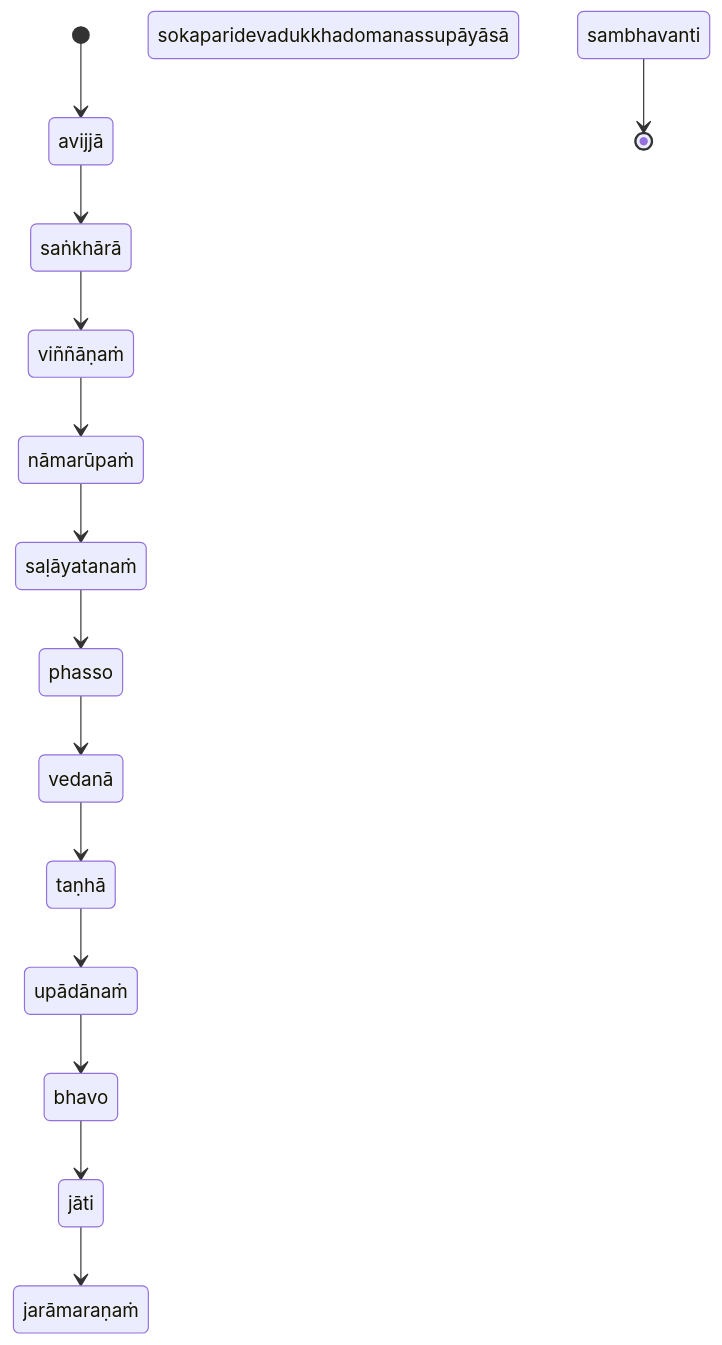
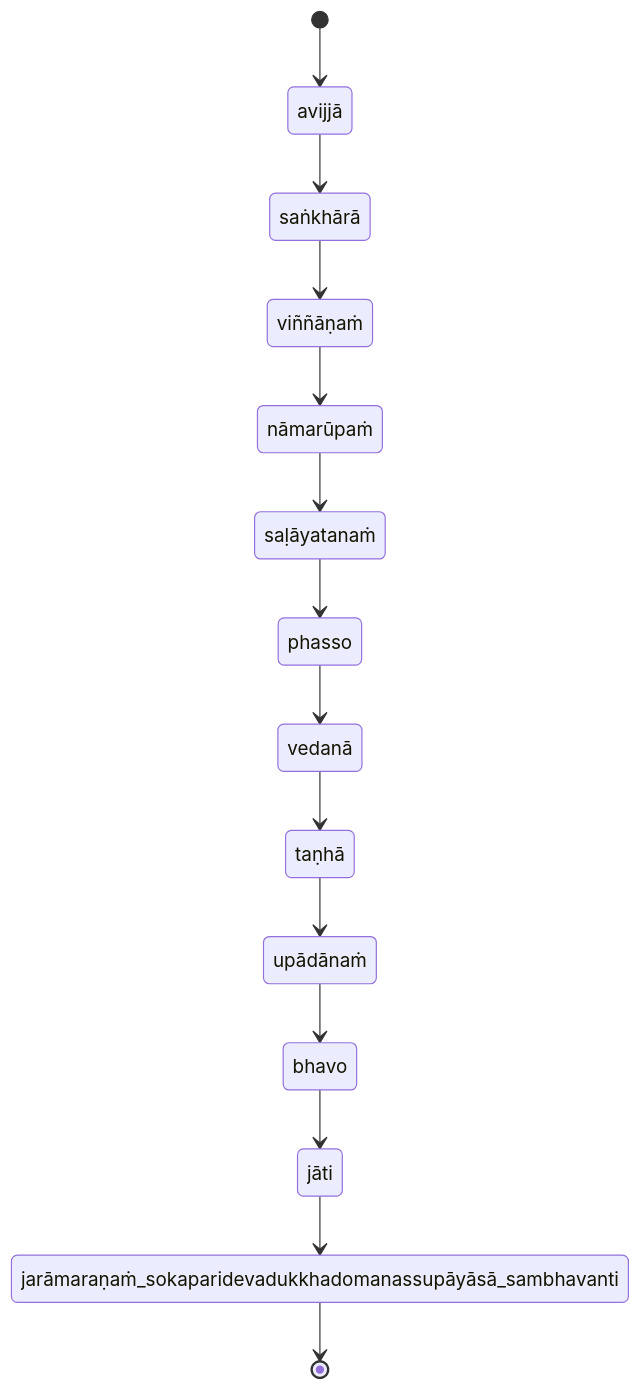
One commit to ChristineTham/buddhavacana changed the diagram in content/en/docs/Sutta/paṭiccasamuppādaṁ.md. Above: the diagram before and after it, drawn with Mermaid. The commit also changed 35 other files, not shown here.

````diff
--- a/content/en/docs/Sutta/paṭiccasamuppādaṁ.md
+++ b/content/en/docs/Sutta/paṭiccasamuppādaṁ.md
@@ -12,16 +12,16 @@
 ```mermaid
 stateDiagram-v2
   [*] --> avijjā
   avijjā --> saṅkhārā
   saṅkhārā --> viññāṇaṁ
   viññāṇaṁ --> nāmarūpaṁ
   nāmarūpaṁ --> saḷāyatanaṁ
   saḷāyatanaṁ --> phasso
   phasso --> vedanā
   vedanā --> taṇhā
   taṇhā --> upādānaṁ
   upādānaṁ --> bhavo
   bhavo --> jāti
-  jāti --> jarāmaraṇaṁ sokaparidevadukkhadomanassupāyāsā sambhavanti
-  jarāmaraṇaṁ sokaparidevadukkhadomanassupāyāsā sambhavanti --> [*]
+  jāti --> jarāmaraṇaṁ_sokaparidevadukkhadomanassupāyāsā_sambhavanti
+  jarāmaraṇaṁ_sokaparidevadukkhadomanassupāyāsā_sambhavanti --> [*]
 ```
````
